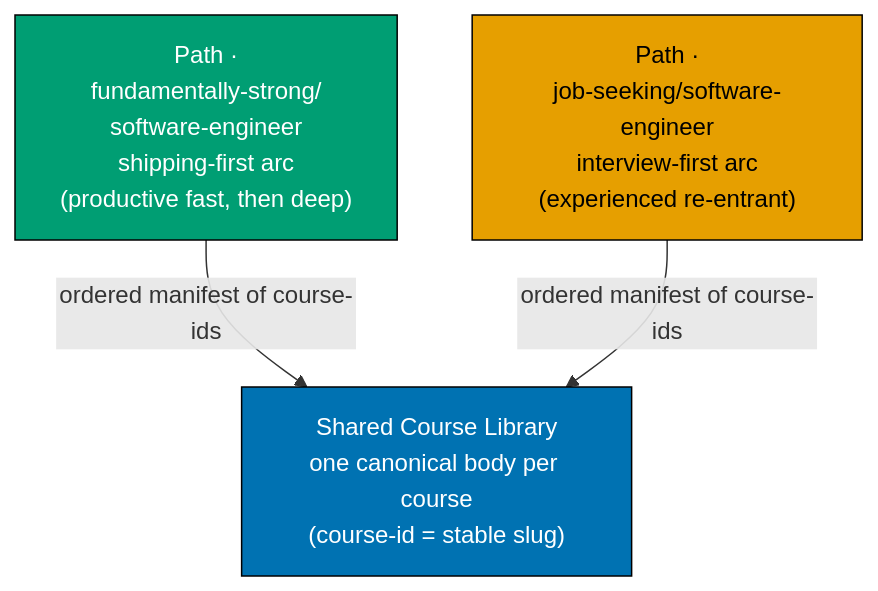
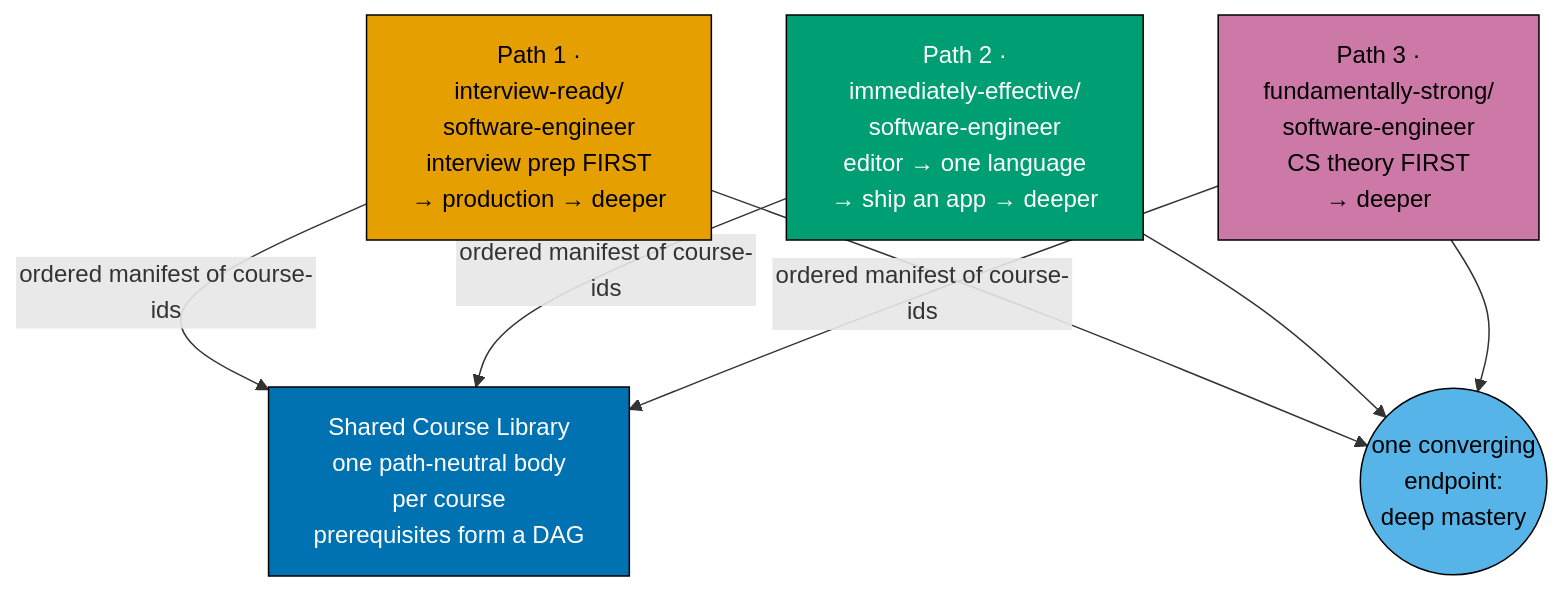
One commit to wahidyankf/baseerah changed the first of 2 diagrams in plans/in-progress/fundamentally-strong-shared-course-tracks/README.md. Above: the diagram before and after it, drawn with Mermaid. The commit also changed other lines of this file and 129 other files, not shown here.

First line of the commit message:
docs(plans): promote shared-course-tracks to in-progress

````diff
--- a/plans/in-progress/fundamentally-strong-shared-course-tracks/README.md
+++ b/plans/in-progress/fundamentally-strong-shared-course-tracks/README.md
@@ -11,12 +16,20 @@
 ```mermaid
 flowchart TD
-    LIB["Shared Course Library<br/>one canonical body per course<br/>(course-id = stable slug)"]:::lib
-    SE["Path ·<br/>fundamentally-strong/<br/>software-engineer<br/>shipping-first arc<br/>(productive fast, then deep)"]:::se
-    JS["Path ·<br/>job-seeking/software-engineer<br/>interview-first arc<br/>(experienced re-entrant)"]:::js
-    SE -->|ordered manifest of course-ids| LIB
-    JS -->|ordered manifest of course-ids| LIB
+    LIB["Shared Course Library<br/>one path-neutral body<br/>per course<br/>prerequisites form a DAG"]:::lib
+    IR["Path 1 ·<br/>interview-ready/<br/>software-engineer<br/>interview prep FIRST<br/>→ production → deeper"]:::ir
+    IE["Path 2 ·<br/>immediately-effective/<br/>software-engineer<br/>editor → one language<br/>→ ship an app → deeper"]:::ie
+    FS["Path 3 ·<br/>fundamentally-strong/<br/>software-engineer<br/>CS theory FIRST<br/>→ deeper"]:::fs
+    GOAL((one converging<br/>endpoint:<br/>deep mastery)):::goal
+    IR -->|ordered manifest of course-ids| LIB
+    IE -->|ordered manifest of course-ids| LIB
+    FS -->|ordered manifest of course-ids| LIB
+    IR --> GOAL
+    IE --> GOAL
+    FS --> GOAL
 
     classDef lib fill:#0072B2,stroke:#000,color:#fff
-    classDef se fill:#009E73,stroke:#000,color:#fff
-    classDef js fill:#E69F00,stroke:#000,color:#000
+    classDef ir fill:#E69F00,stroke:#000,color:#000
+    classDef ie fill:#009E73,stroke:#000,color:#fff
+    classDef fs fill:#CC79A7,stroke:#000,color:#000
+    classDef goal fill:#56B4E9,stroke:#000,color:#000
 ```
````
